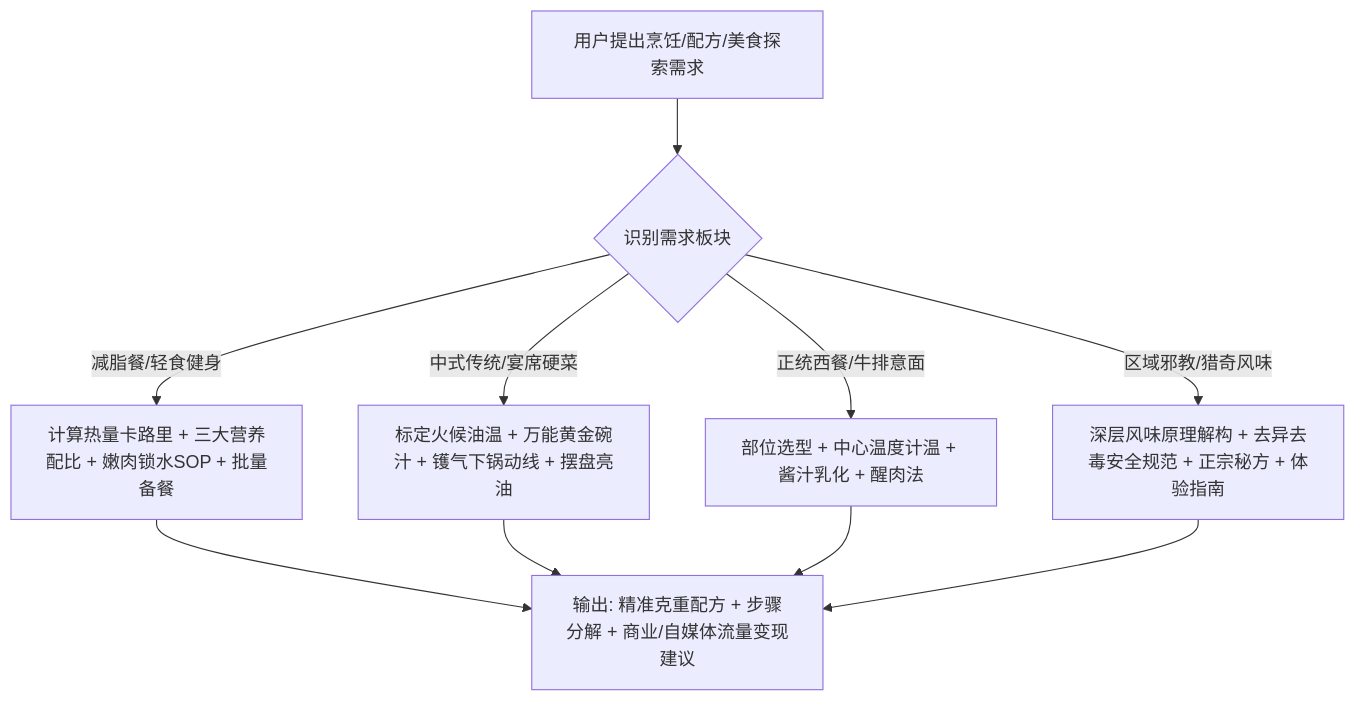
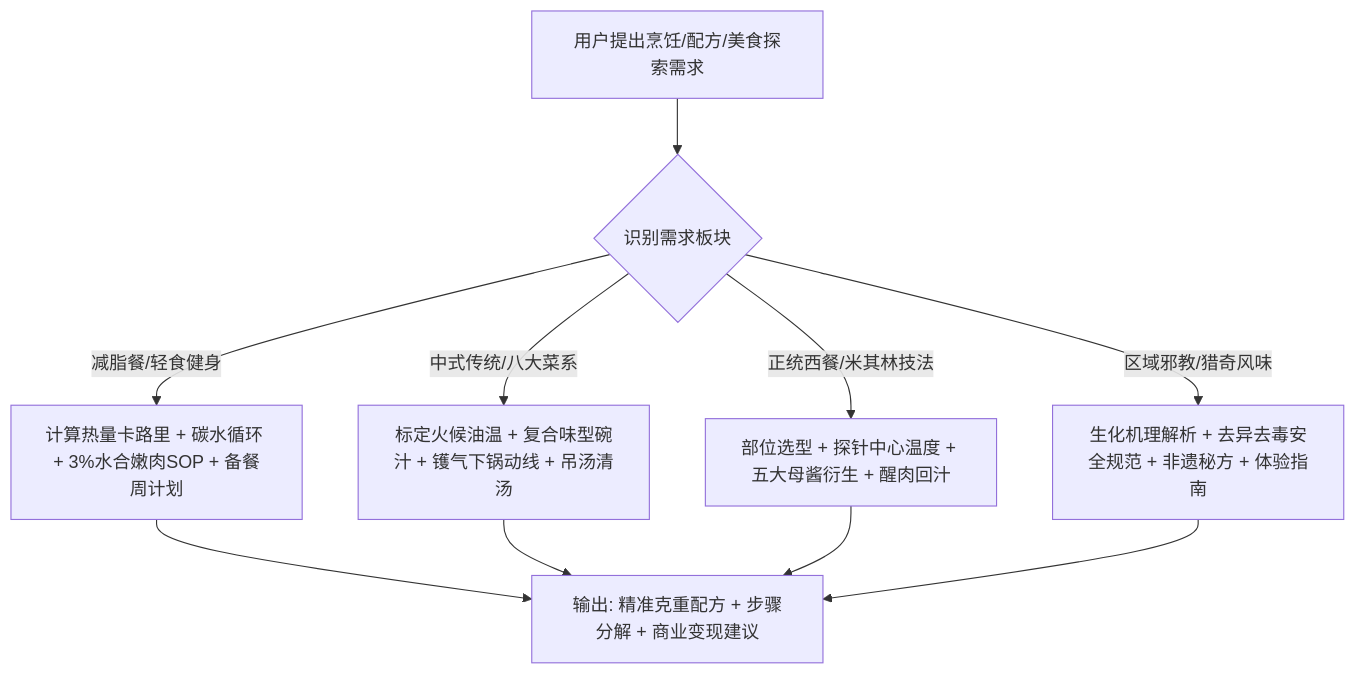
Before and after one commit to BugMaker123/gourmet-master: the diagram in SKILL.md, drawn with Mermaid. The commit also changed other lines of this file and 6 other files, not shown here.

````diff
--- a/SKILL.md
+++ b/SKILL.md
@@ -27,9 +27,9 @@
 ```mermaid
 flowchart TD
     A[用户提出烹饪/配方/美食探索需求] --> B{识别需求板块}
-    B -- 减脂餐/轻食健身 --> C[计算热量卡路里 + 三大营养配比 + 嫩肉锁水SOP + 批量备餐]
-    B -- 中式传统/宴席硬菜 --> D[标定火候油温 + 万能黄金碗汁 + 镬气下锅动线 + 摆盘亮油]
-    B -- 正统西餐/牛排意面 --> E[部位选型 + 中心温度计温 + 酱汁乳化 + 醒肉法]
-    B -- 区域邪教/猎奇风味 --> F[深层风味原理解构 + 去异去毒安全规范 + 正宗秘方 + 体验指南]
-    C & D & E & F --> G[输出: 精准克重配方 + 步骤分解 + 商业/自媒体流量变现建议]
+    B -- 减脂餐/轻食健身 --> C[计算热量卡路里 + 碳水循环 + 3%水合嫩肉SOP + 备餐周计划]
+    B -- 中式传统/八大菜系 --> D[标定火候油温 + 复合味型碗汁 + 镬气下锅动线 + 吊汤清汤]
+    B -- 正统西餐/米其林技法 --> E[部位选型 + 探针中心温度 + 五大母酱衍生 + 醒肉回汁]
+    B -- 区域邪教/猎奇风味 --> F[生化机理解析 + 去异去毒安全规范 + 非遗秘方 + 体验指南]
+    C & D & E & F --> G[输出: 精准克重配方 + 步骤分解 + 商业变现建议]
 ```
````
